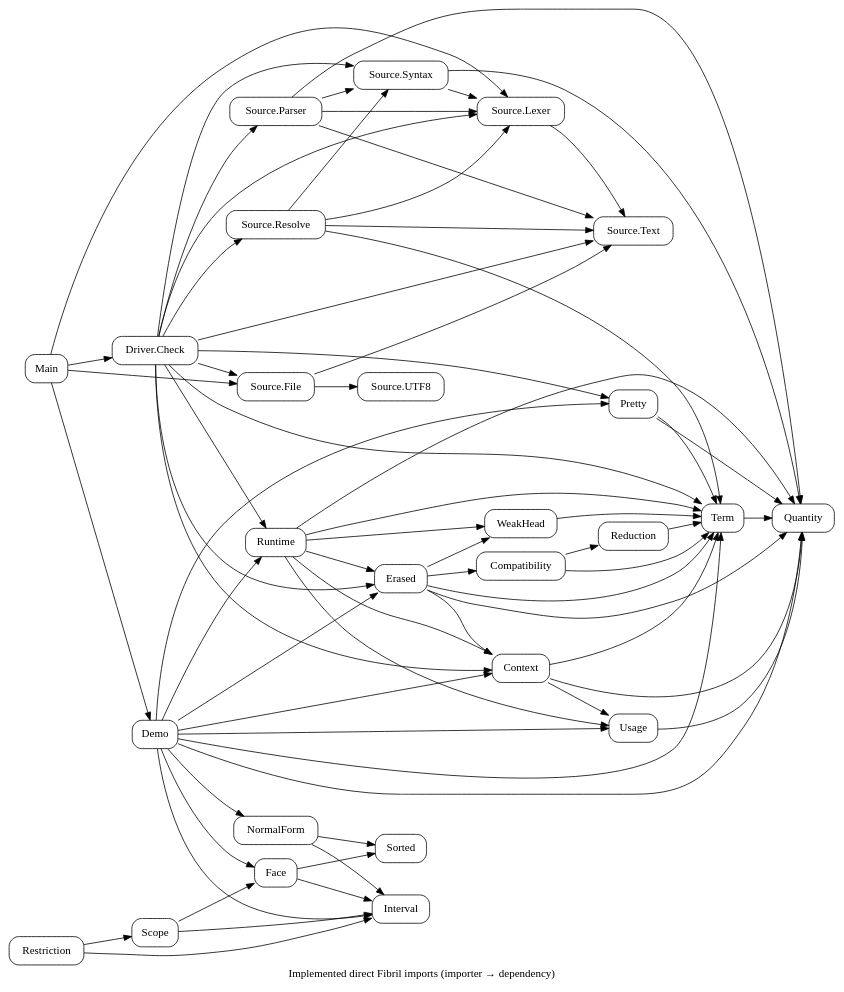
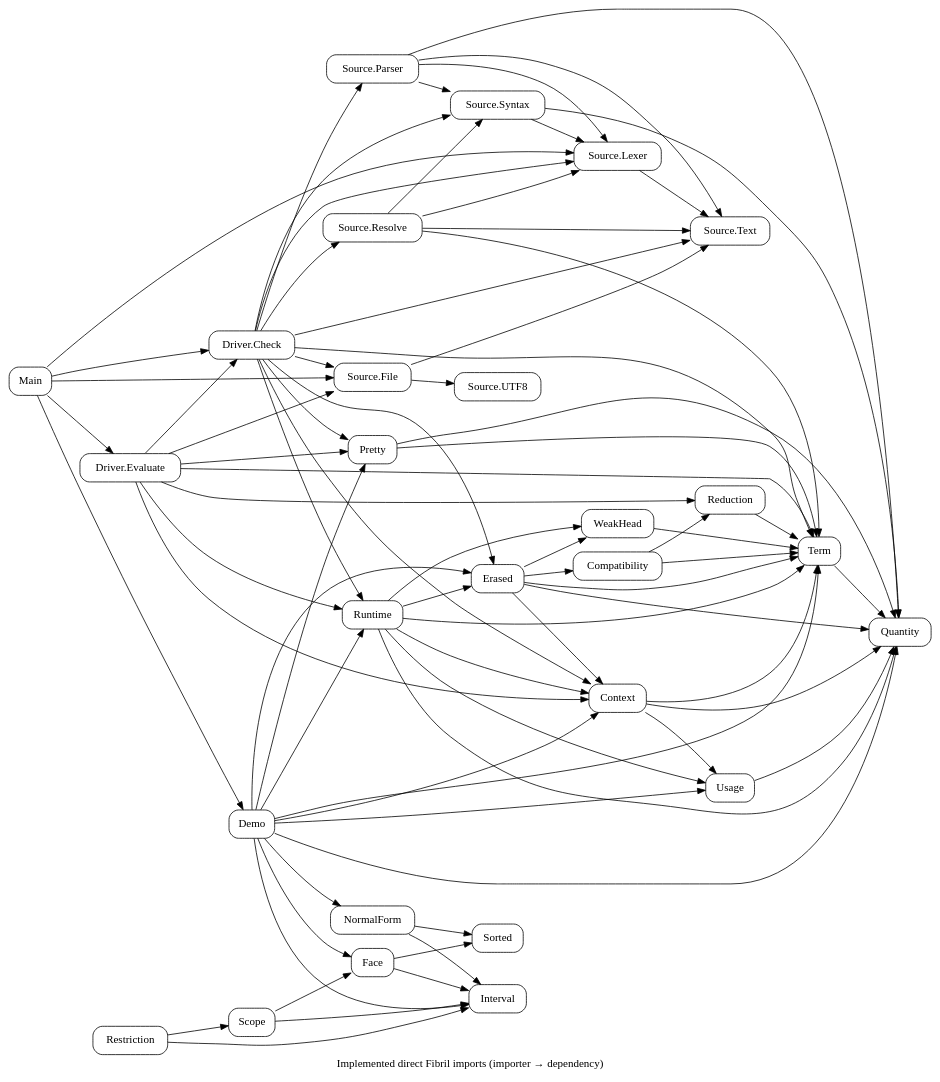
The diagram in docs/diagrams/modules.dot (odunboye/fibril), drawn with Graphviz before and after one commit. The commit also changed 20 other files, not shown here.

```diff
--- a/docs/diagrams/modules.dot
+++ b/docs/diagrams/modules.dot
@@ -1,23 +1,24 @@
 digraph Modules {
 rankdir=LR; node [shape=box,style=rounded];
 "Source.File" -> {"Source.UTF8" "Source.Text"};
 Main -> {"Source.File" "Source.Lexer"};
 "Source.Lexer" -> "Source.Text";
 "Source.Syntax" -> {Quantity "Source.Lexer"};
 "Source.Parser" -> {Quantity "Source.Text" "Source.Lexer" "Source.Syntax"};
 "Source.Resolve" -> {Term "Source.Text" "Source.Lexer" "Source.Syntax"};
 "Driver.Check" -> {"Source.Text" "Source.Lexer" "Source.Syntax" "Source.Parser" "Source.Resolve" "Source.File" Term Context Pretty Erased Runtime};
-Main -> "Driver.Check";
+Main -> {"Driver.Check" "Driver.Evaluate"};
+"Driver.Evaluate" -> {Context Term Pretty Reduction Runtime "Source.File" "Driver.Check"};
 Quantity; Interval; NormalForm; Face; Scope; Restriction; Term;
 NormalForm -> {Interval Sorted}; Face -> {Interval Sorted};
 Scope -> {Interval Face}; Restriction -> {Interval Scope};
 Demo -> {Quantity Term Context Usage Pretty Erased Runtime Interval NormalForm Face};
 Main -> Demo;
 Pretty -> {Quantity Term};
 Term -> Quantity; Usage -> Quantity; Context -> {Quantity Term Usage};
 Reduction -> Term; WeakHead -> Term;
 Compatibility -> {Term Reduction};
 Erased -> {Quantity Term Context Compatibility WeakHead};
 Runtime -> {Quantity Term Context Usage WeakHead Erased};
 label="Implemented direct Fibril imports (importer → dependency)";
 }
```
